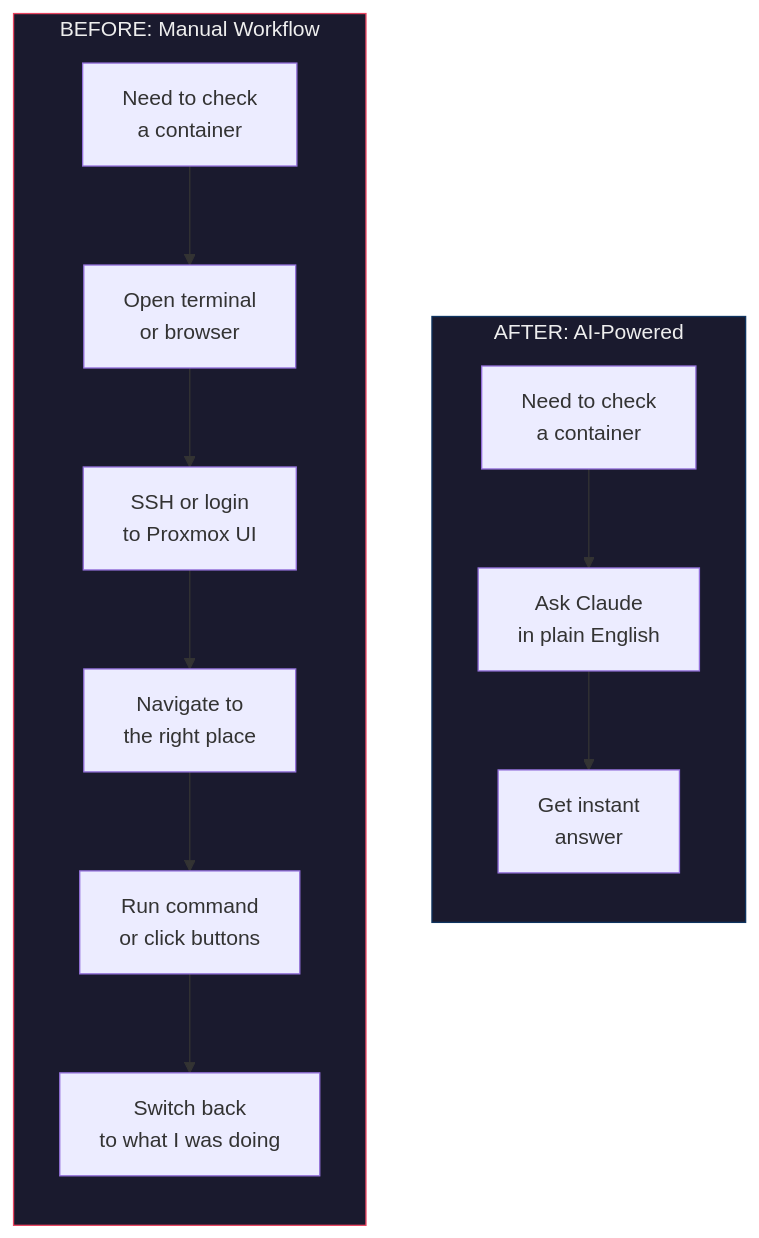
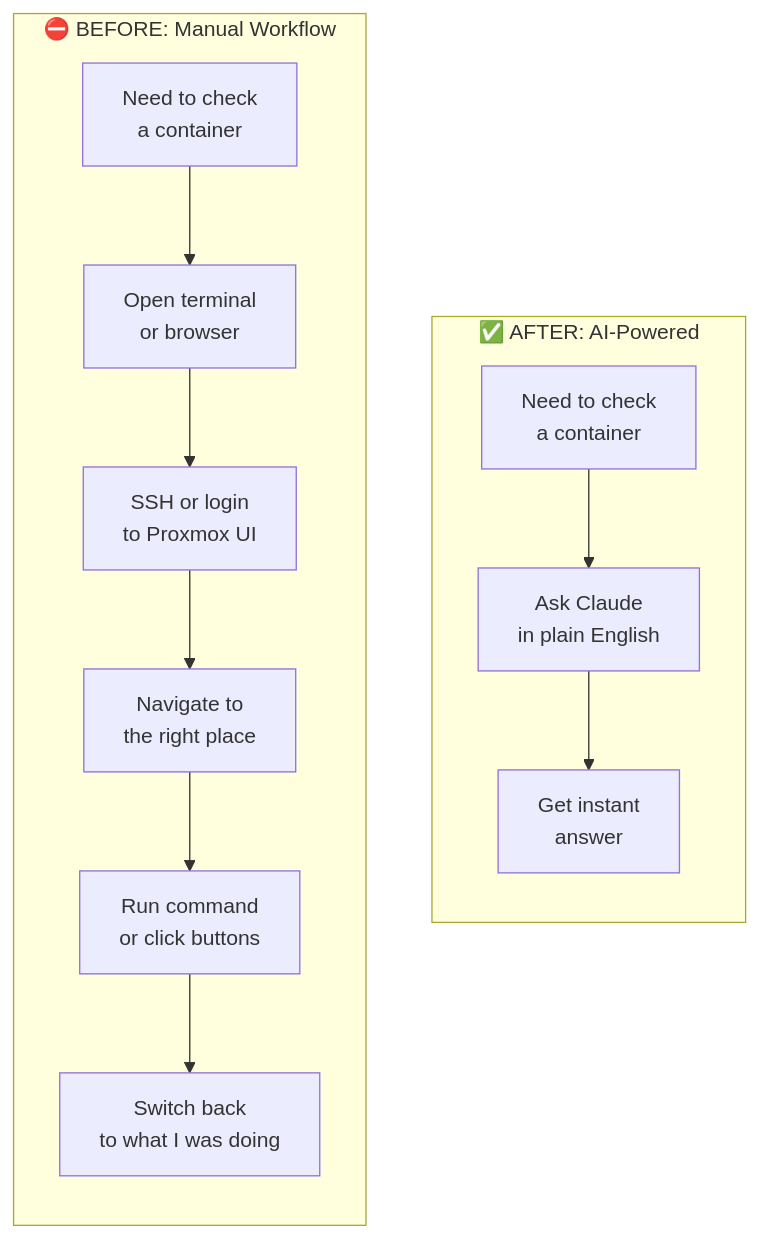
Before and after one commit to jdlocklin-backyard/codeandcamera: the first of 3 diagrams in docs/homelab/mcp-proxmox-infrastructure.md, drawn with Mermaid. The commit also changed other lines of this file, not shown here.

Commit message:
Fix Mermaid diagram colors to use theme defaults instead of hardcoded dark palette

````diff
--- a/docs/homelab/mcp-proxmox-infrastructure.md
+++ b/docs/homelab/mcp-proxmox-infrastructure.md
@@ -78,22 +78,19 @@
 ```mermaid
 flowchart LR
-    subgraph before["BEFORE: Manual Workflow"]
+    subgraph before["⛔ BEFORE: Manual Workflow"]
         direction TB
         B1["Need to check\na container"] --> B2["Open terminal\nor browser"]
         B2 --> B3["SSH or login\nto Proxmox UI"]
         B3 --> B4["Navigate to\nthe right place"]
         B4 --> B5["Run command\nor click buttons"]
         B5 --> B6["Switch back\nto what I was doing"]
     end
 
-    subgraph after["AFTER: AI-Powered"]
+    subgraph after["✅ AFTER: AI-Powered"]
         direction TB
         A1["Need to check\na container"] --> A2["Ask Claude\nin plain English"]
         A2 --> A3["Get instant\nanswer"]
     end
 
     before ~~~ after
-
-    style before fill:#1a1a2e,stroke:#e94560,color:#eee
-    style after fill:#1a1a2e,stroke:#0f3460,color:#eee
 ```
````
